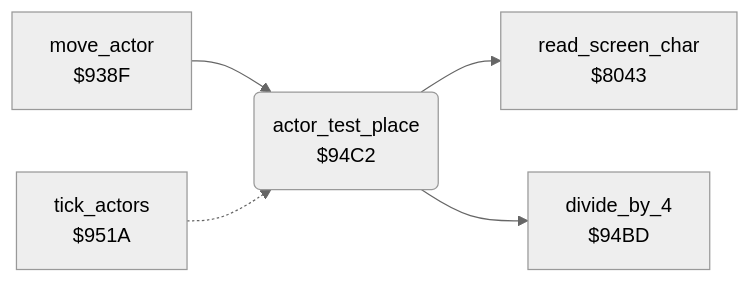
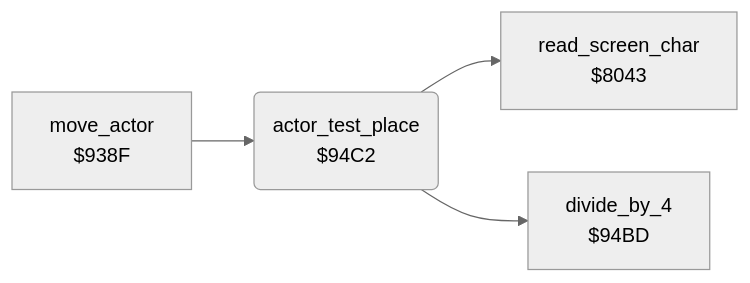
The diagram in hover_bovver/docs/reference/modules/actors/actor_place_test.md (henols/c64_games), drawn with Mermaid (neutral theme) before and after one commit. The commit also changed other lines of this file and 1100 other files, not shown here.

````diff
--- a/hover_bovver/docs/reference/modules/actors/actor_place_test.md
+++ b/hover_bovver/docs/reference/modules/actors/actor_place_test.md
@@ -10,12 +17,10 @@
 ```mermaid
 flowchart LR
   n8043["read_screen_char<br/>$8043"]
   n938f["move_actor<br/>$938F"]
   n94bd["divide_by_4<br/>$94BD"]
   n94c2("actor_test_place<br/>$94C2")
-  n951a["tick_actors<br/>$951A"]
   n938f --> n94c2
   n94c2 --> n8043
   n94c2 --> n94bd
-  n951a -.-> n94c2
 ```
````
